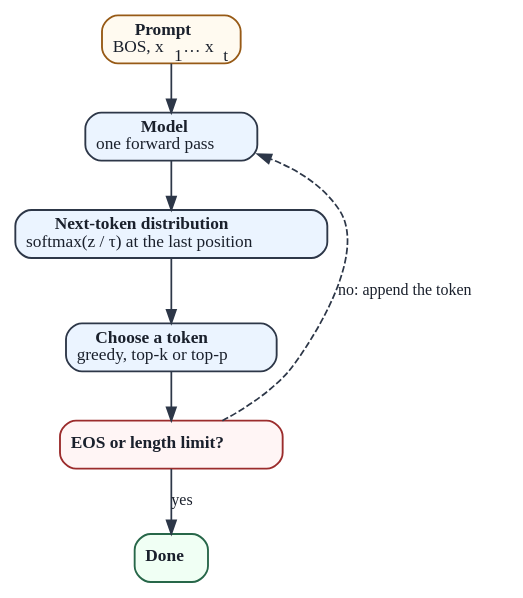
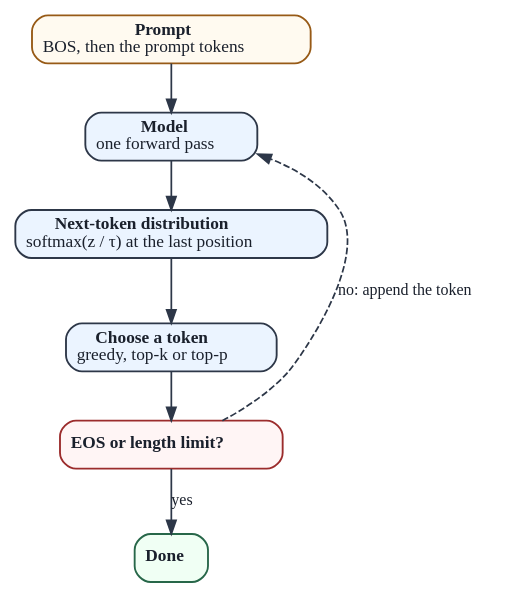
One commit to Beaker12/llmatlas changed the diagram in chapters/01-foundations/figures/autoregressive_loop.dot. Above: the diagram before and after it, drawn with Graphviz. The commit also changed 39 other files, not shown here.

Commit message:
Chapter 1 figures: plain subscripts in schematics, vertical history timeline, sentence-case plots, Zipf reference line, parameter axis in millions, display widths

```diff
--- a/chapters/01-foundations/figures/autoregressive_loop.dot
+++ b/chapters/01-foundations/figures/autoregressive_loop.dot
@@ -1,16 +1,16 @@
 digraph AutoregressiveLoop {
     graph [fontname="Arial" fontsize=13 bgcolor=white];
 
-    p [label=<<b>Prompt</b><br/>BOS, x<sub>1</sub> … x<sub>t</sub>> shape=box style="rounded,filled" fillcolor="#fffaf0" color="#975a16" penwidth=1.4 fontsize=13 fontcolor="#1a202c"];
+    p [label=<<b>Prompt</b><br/>BOS, then the prompt tokens> shape=box style="rounded,filled" fillcolor="#fffaf0" color="#975a16" penwidth=1.4 fontsize=13 fontcolor="#1a202c"];
     m [label=<<b>Model</b><br/>one forward pass> shape=box style="rounded,filled" fillcolor="#ebf4ff" color="#2d3748" penwidth=1.4 fontsize=13 fontcolor="#1a202c"];
     d [label=<<b>Next-token distribution</b><br/>softmax(z / τ) at the last position> shape=box style="rounded,filled" fillcolor="#ebf4ff" color="#2d3748" penwidth=1.4 fontsize=13 fontcolor="#1a202c"];
     c [label=<<b>Choose a token</b><br/>greedy, top-k or top-p> shape=box style="rounded,filled" fillcolor="#ebf4ff" color="#2d3748" penwidth=1.4 fontsize=13 fontcolor="#1a202c"];
     s [label=<<b>EOS or length limit?</b>> shape=box style="rounded,filled" fillcolor="#fff5f5" color="#9b2c2c" penwidth=1.4 fontsize=13 fontcolor="#1a202c"];
     e [label=<<b>Done</b>> shape=box style="rounded,filled" fillcolor="#f0fff4" color="#276749" penwidth=1.4 fontsize=13 fontcolor="#1a202c"];
     p -> m [color="#2d3748" penwidth=1.3 fontsize=12 fontcolor="#1a202c"];
     m -> d [color="#2d3748" penwidth=1.3 fontsize=12 fontcolor="#1a202c"];
     d -> c [color="#2d3748" penwidth=1.3 fontsize=12 fontcolor="#1a202c"];
     c -> s [color="#2d3748" penwidth=1.3 fontsize=12 fontcolor="#1a202c"];
     s -> e [color="#2d3748" penwidth=1.3 fontsize=12 fontcolor="#1a202c" label=<yes>];
     s -> m [color="#2d3748" penwidth=1.3 fontsize=12 fontcolor="#1a202c" label=<no: append the token> style=dashed constraint=false];
 }
```
